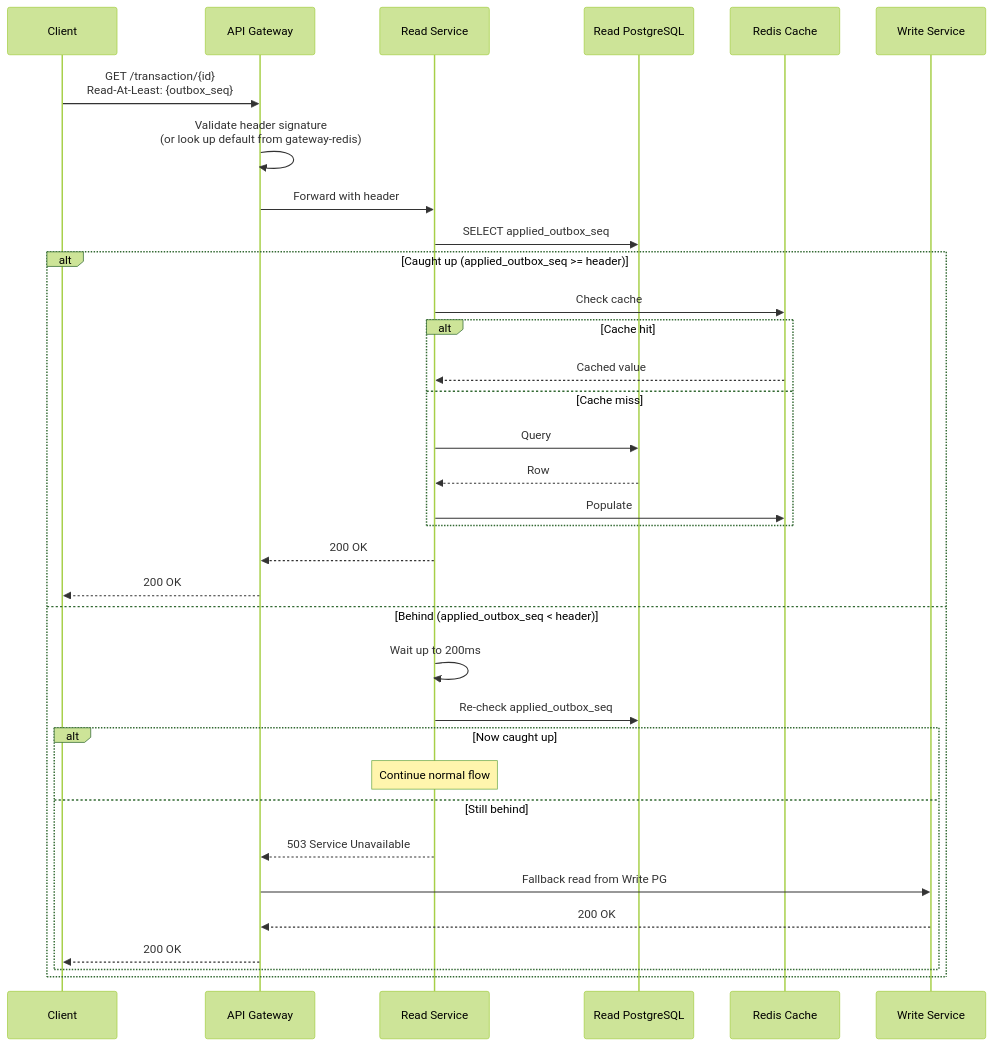
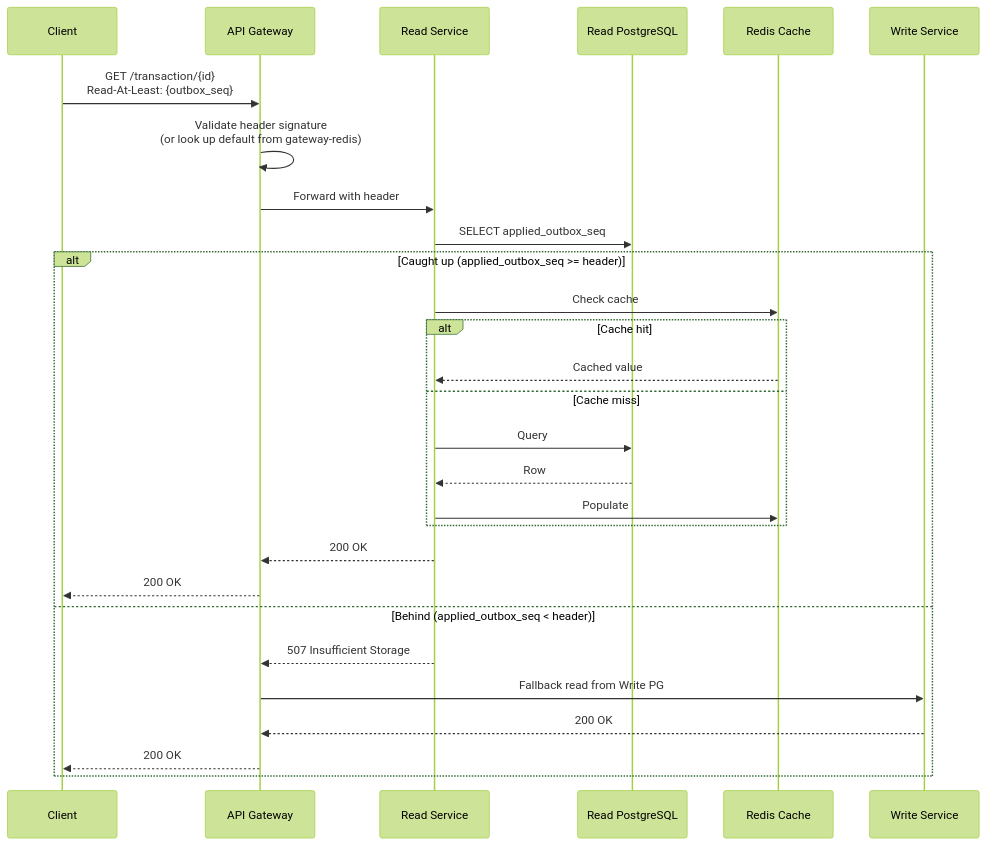
One commit to isoldpower/power-finance-backend changed the third of 5 diagrams in docs/architecture.md. Above: the diagram before and after it, drawn with Mermaid (forest theme). The commit also changed other lines of this file and 108 other files, not shown here.

First line of the commit message:
feat: read-at-least header protection, write-side read_fallback routes

````diff
--- a/docs/architecture.md
+++ b/docs/architecture.md
@@ -513,38 +515,32 @@
 ```mermaid
 sequenceDiagram
     participant C as Client
     participant GW as API Gateway
     participant RS as Read Service
     participant RPG as Read PostgreSQL
     participant Cache as Redis Cache
     participant WS as Write Service
 
     C->>GW: GET /transaction/{id}<br/>Read-At-Least: {outbox_seq}
     GW->>GW: Validate header signature<br/>(or look up default from gateway-redis)
     GW->>RS: Forward with header
 
     RS->>RPG: SELECT applied_outbox_seq
     alt Caught up (applied_outbox_seq >= header)
         RS->>Cache: Check cache
         alt Cache hit
             Cache-->>RS: Cached value
         else Cache miss
             RS->>RPG: Query
             RPG-->>RS: Row
             RS->>Cache: Populate
         end
         RS-->>GW: 200 OK
         GW-->>C: 200 OK
     else Behind (applied_outbox_seq < header)
-        RS->>RS: Wait up to 200ms
-        RS->>RPG: Re-check applied_outbox_seq
-        alt Now caught up
-            Note over RS: Continue normal flow
-        else Still behind
-            RS-->>GW: 503 Service Unavailable
-            GW->>WS: Fallback read from Write PG
-            WS-->>GW: 200 OK
-            GW-->>C: 200 OK
-        end
+        RS-->>GW: 507 Insufficient Storage
+        GW->>WS: Fallback read from Write PG
+        WS-->>GW: 200 OK
+        GW-->>C: 200 OK
     end
 ```
````
